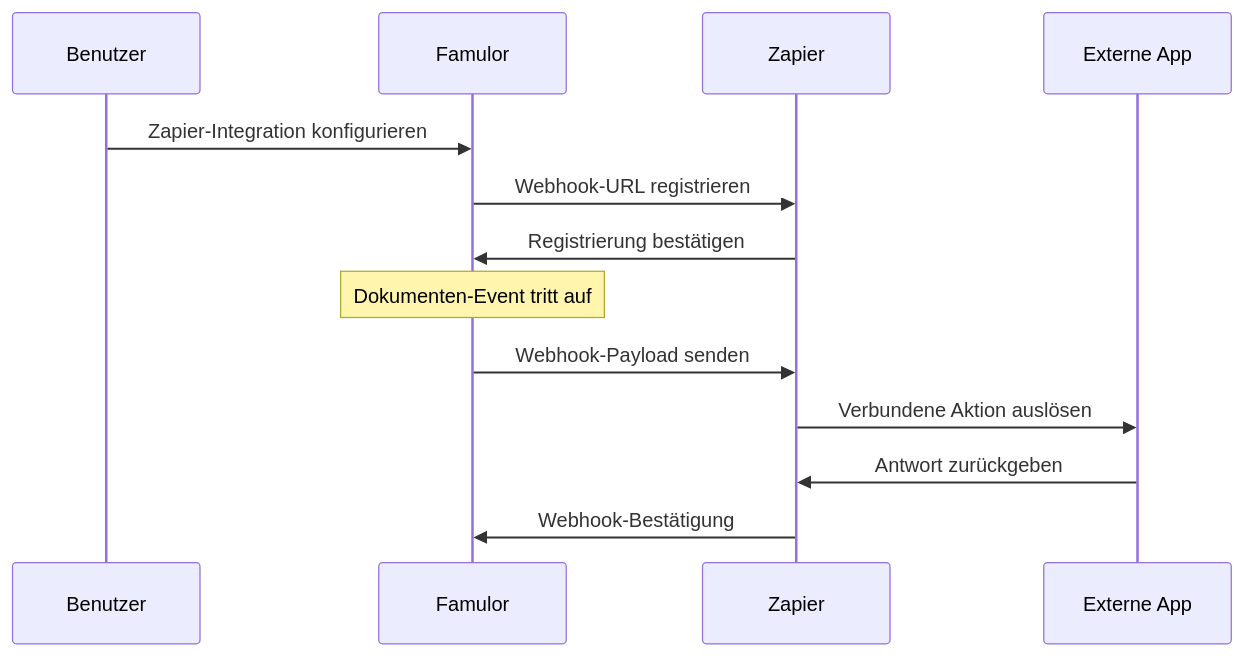
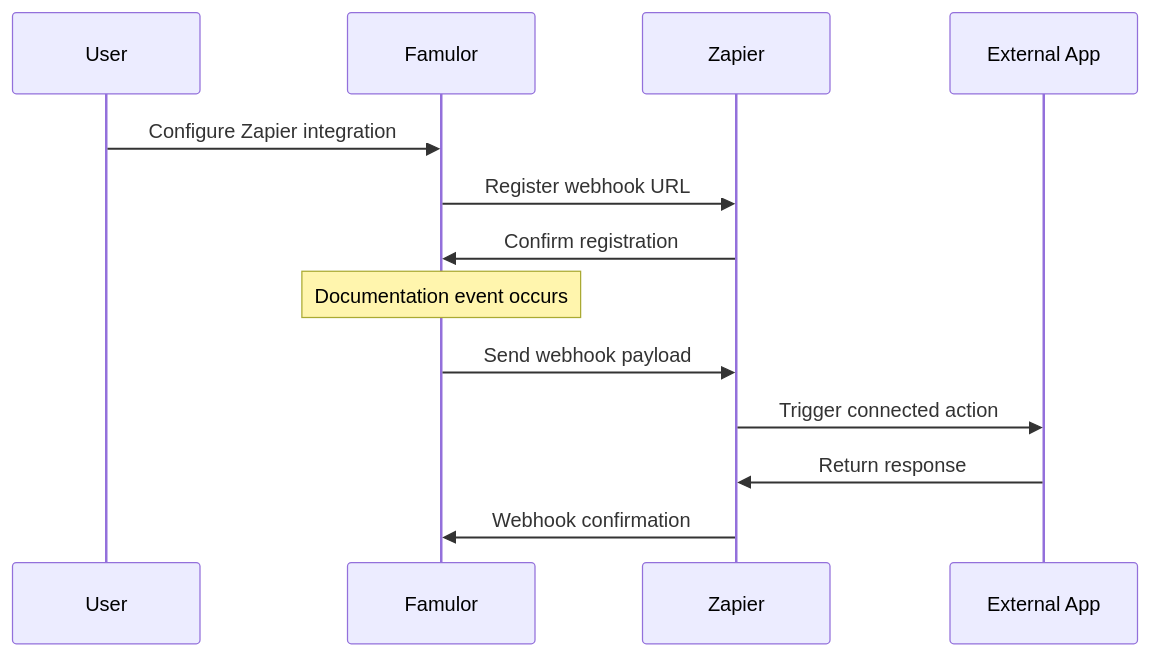
The third of 4 diagrams in en/automation-platform/integrations/zapier.mdx (bekgroup/Famulor-docs-de), drawn with Mermaid before and after one commit. The commit also changed other lines of this file and 273 other files, not shown here.

````diff
--- a/en/automation-platform/integrations/zapier.mdx
+++ b/en/automation-platform/integrations/zapier.mdx
@@ -221,17 +220,17 @@
 ```mermaid
 sequenceDiagram
-    participant U as Benutzer
+    participant U as User
     participant F as Famulor
     participant Z as Zapier
-    participant EA as Externe App
+    participant EA as External App
     
-    U->>F: Zapier-Integration konfigurieren
-    F->>Z: Webhook-URL registrieren
-    Z->>F: Registrierung bestätigen
+    U->>F: Configure Zapier integration
+    F->>Z: Register webhook URL
+    Z->>F: Confirm registration
     
-    Note over F: Dokumenten-Event tritt auf
-    F->>Z: Webhook-Payload senden
-    Z->>EA: Verbundene Aktion auslösen
-    EA->>Z: Antwort zurückgeben
-    Z->>F: Webhook-Bestätigung
+    Note over F: Documentation event occurs
+    F->>Z: Send webhook payload
+    Z->>EA: Trigger connected action
+    EA->>Z: Return response
+    Z->>F: Webhook confirmation
 ```
````
